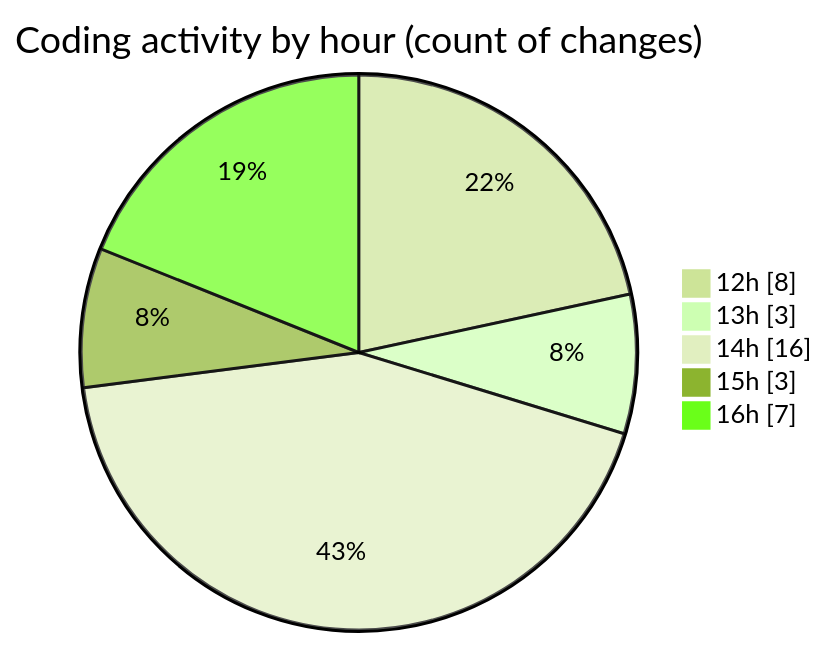
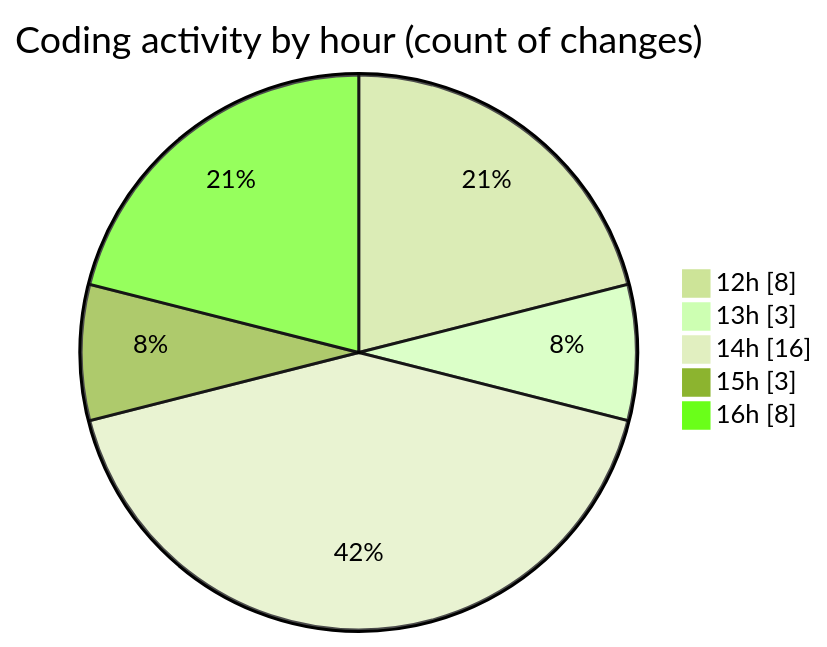
The second of 2 diagrams in 2025-08-08/nxtqube_webapp/README.md (nxtqubesakshisongat/code-tracking), drawn with Mermaid (forest theme) before and after one commit. The commit also changed other lines of this file and 1 other file, not shown here.

````diff
--- a/2025-08-08/nxtqube_webapp/README.md
+++ b/2025-08-08/nxtqube_webapp/README.md
@@ -33,9 +33,9 @@
 ```mermaid
 pie showData
 title Coding activity by hour (count of changes)
 "12h" : 8
 "13h" : 3
 "14h" : 16
 "15h" : 3
-"16h" : 7
+"16h" : 8
 ```
````
